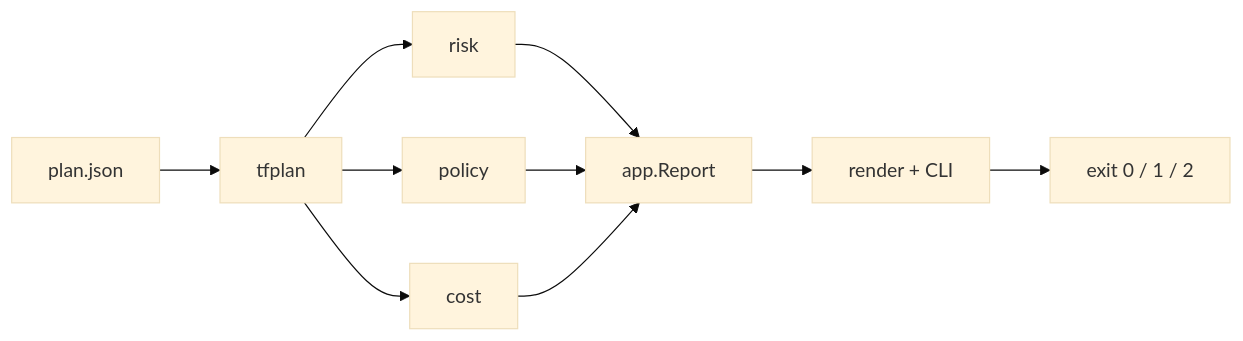
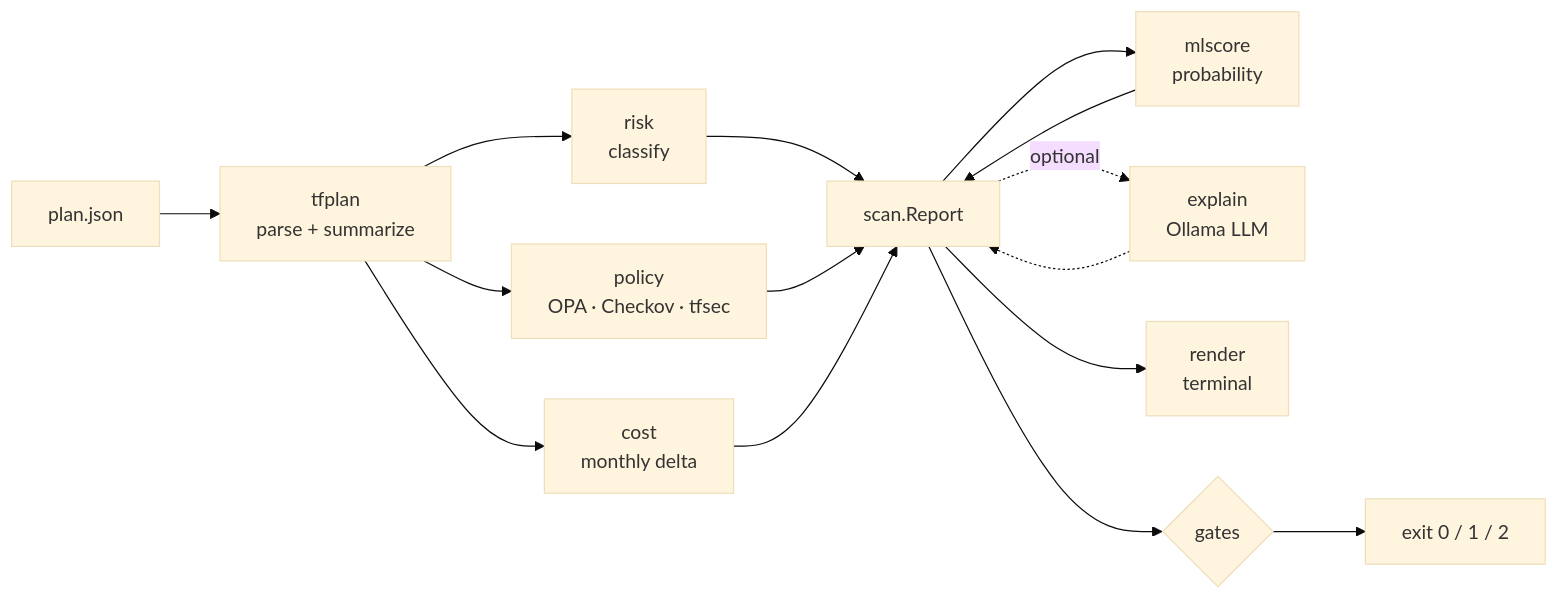
The diagram in README.md (SamyBaouche/tfguard), drawn with Mermaid (base theme) before and after one commit. The commit also changed other lines of this file, not shown here.

````diff
--- a/README.md
+++ b/README.md
@@ -21,12 +193,17 @@
 ```mermaid
 flowchart LR
-  A[plan.json] --> B[tfplan]
-  B --> C[risk]
-  B --> D[policy]
-  B --> H[cost]
-  C --> E[app.Report]
-  D --> E
-  H --> E
-  E --> F[render + CLI]
-  F --> G["exit 0 / 1 / 2"]
+  P[plan.json] --> T[tfplan<br/>parse + summarize]
+  T --> R[risk<br/>classify]
+  T --> PO[policy<br/>OPA · Checkov · tfsec]
+  T --> C[cost<br/>monthly delta]
+  R --> S[scan.Report]
+  PO --> S
+  C --> S
+  S --> M[mlscore<br/>probability]
+  M --> S
+  S -. optional .-> E[explain<br/>Ollama LLM]
+  E -.-> S
+  S --> O[render<br/>terminal]
+  S --> G{gates}
+  G --> X["exit 0 / 1 / 2"]
 ```
````
